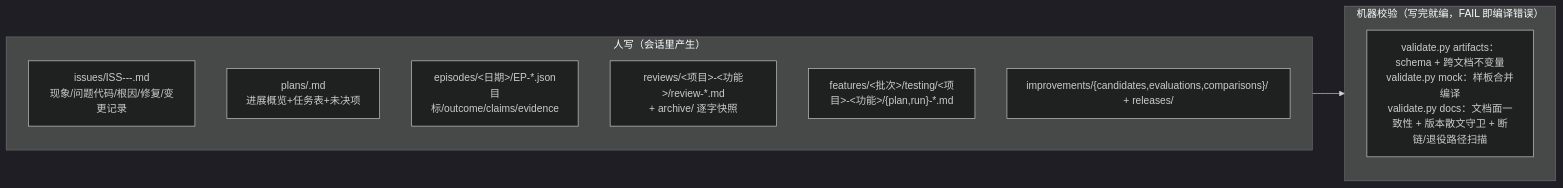
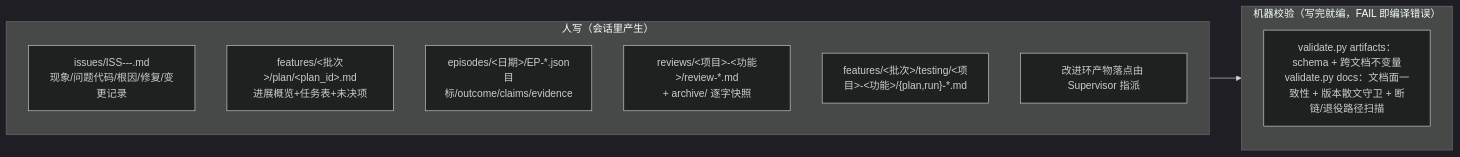
The fifth of 5 diagrams in docs/system-guide.md (Ganseblum/agentflows), drawn with Mermaid (dark theme) before and after one commit. The commit also changed other lines of this file and 253 other files, not shown here.

````diff
--- a/docs/system-guide.md
+++ b/docs/system-guide.md
@@ -190,15 +189,15 @@
 ```mermaid
 flowchart LR
     subgraph WRITTEN["人写（会话里产生）"]
         B["issues/ISS-<YYYY>-<NNN>-<slug>.md<br/>现象/问题代码/根因/修复/变更记录"]
-        P["plans/<plan_id>.md<br/>进展概览+任务表+未决项"]
+        P["features/&lt;批次&gt;/plan/&lt;plan_id&gt;.md<br/>进展概览+任务表+未决项"]
         E["episodes/<日期>/EP-*.json<br/>目标/outcome/claims/evidence"]
         RV["reviews/<项目>-<功能>/review-*.md<br/>+ archive/ 逐字快照"]
         T["features/<批次>/testing/<项目>-<功能>/{plan,run}-*.md"]
-        I["improvements/{candidates,evaluations,comparisons}/ + releases/"]
+        I["改进环产物落点由 Supervisor 指派"]
     end
     subgraph COMPILED["机器校验（写完就编，FAIL 即编译错误）"]
-        V["validate.py artifacts：schema + 跨文档不变量<br/>validate.py mock：样板合并编译<br/>validate.py docs：文档面一致性 + 版本散文守卫 + 断链/退役路径扫描"]
+        V["validate.py artifacts：schema + 跨文档不变量<br/>validate.py docs：文档面一致性 + 版本散文守卫 + 断链/退役路径扫描"]
     end
     WRITTEN --> COMPILED
 ```
````
